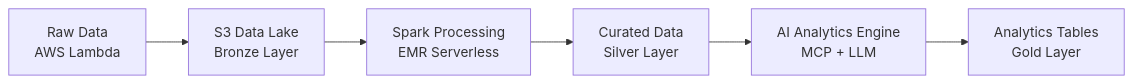
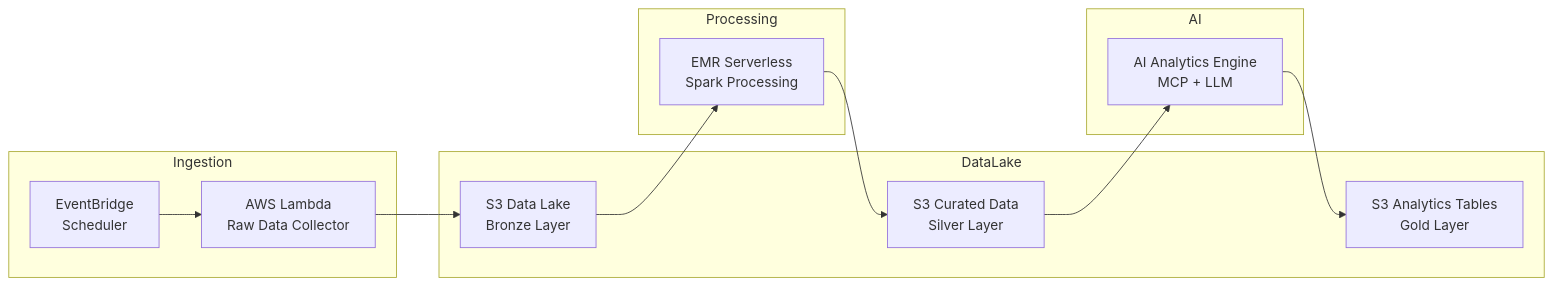
One commit to BrunoAugustoSouza/aws-portfolio changed the diagram in README.md. Above: the diagram before and after it, drawn with Mermaid. The commit also changed 1 other file, not shown here.

Commit message:
updated mermaid

````diff
--- a/README.md
+++ b/README.md
@@ -87,14 +87,30 @@
 ```mermaid
 flowchart LR
 
-A[Raw Data<br>AWS Lambda] --> B[S3 Data Lake<br>Bronze Layer]
+subgraph Ingestion
+A[EventBridge<br>Scheduler]
+B[AWS Lambda<br>Raw Data Collector]
+end
 
-B --> C[Spark Processing<br>EMR Serverless]
+subgraph DataLake
+C[S3 Data Lake<br>Bronze Layer]
+F[S3 Curated Data<br>Silver Layer]
+K[S3 Analytics Tables<br>Gold Layer]
+end
 
-C --> D[Curated Data<br>Silver Layer]
+subgraph Processing
+D[EMR Serverless<br>Spark Processing]
+end
 
-D --> E[AI Analytics Engine<br>MCP + LLM]
+subgraph AI
+I[AI Analytics Engine<br>MCP + LLM]
+end
 
-E --> F[Analytics Tables<br>Gold Layer]
+A --> B
+B --> C
+C --> D
+D --> F
+F --> I
+I --> K
 
 ```
````
